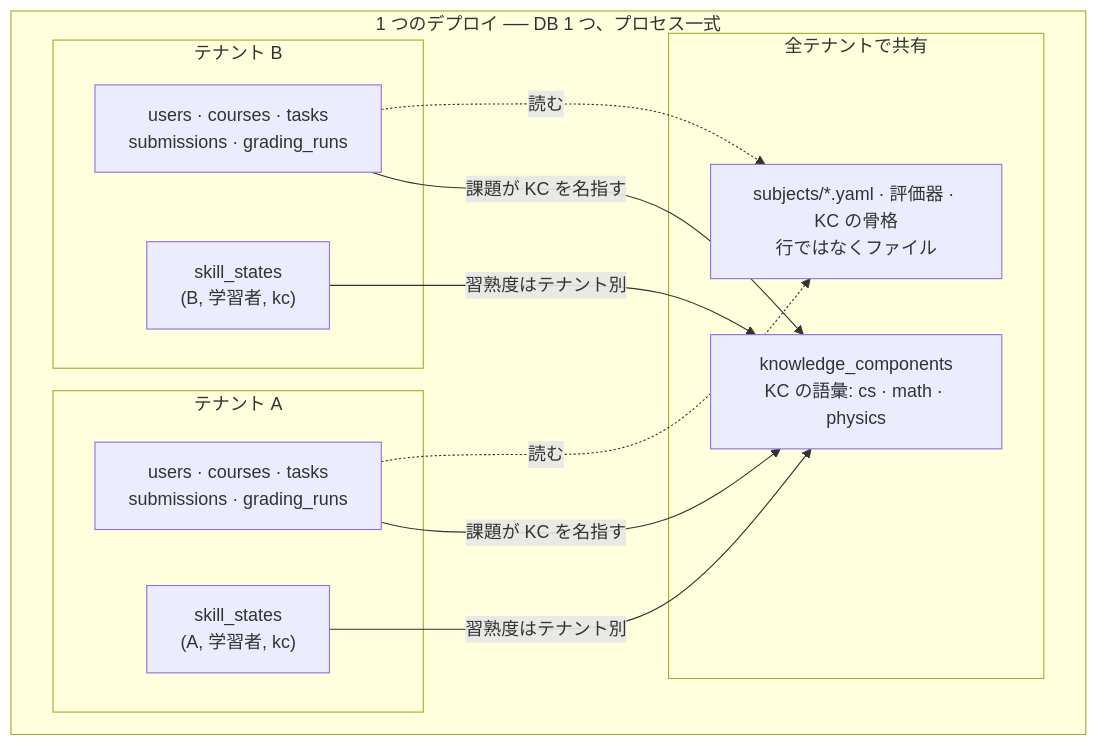
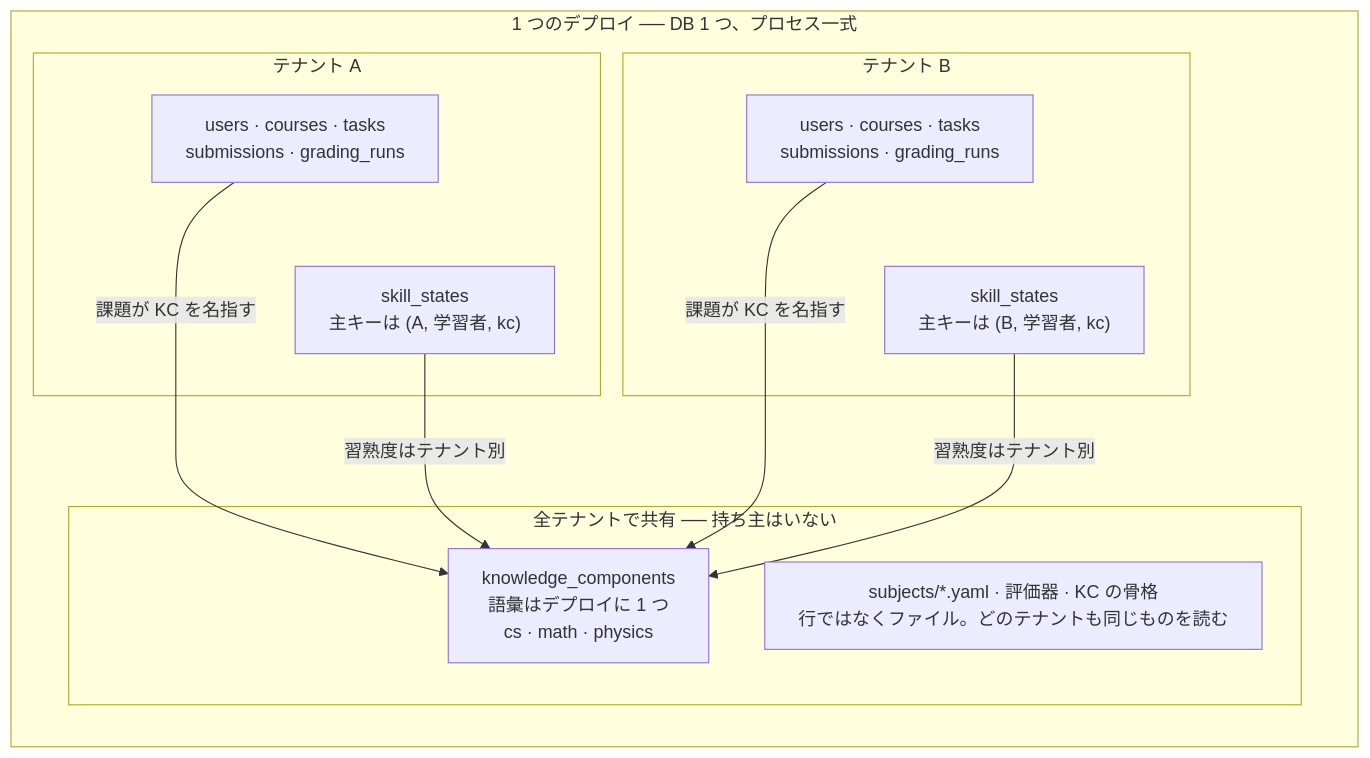
Before and after one commit to sanoakr/aijudge: the fourth of 4 diagrams in README.ja.md, drawn with Mermaid. The commit also changed other lines of this file and 1 other file, not shown here.

Commit message:
docs: fix the wrapping and layout of the two boundary diagrams
Mermaid's default wrappingWidth (200px) re-wrapped the node labels and
ignored the line breaks the source had chosen, so "studentweb ·" and
"reviewconsole · grader" landed on different lines. Pin wrappingWidth on
all four diagrams and even out the line lengths per box.

The tenant diagram is now LR: with TB the two tenants stacked and every
edge crossed the picture. Tenants sit side by side, the shared area
below, and the dotted "reads" edges — the ones that crossed everything —
are folded into the label of the box they pointed at.

````diff
--- a/README.ja.md
+++ b/README.ja.md
@@ -268,24 +269,25 @@
 ```mermaid
-flowchart TB
+%%{init: {"flowchart": {"wrappingWidth": 460}} }%%
+flowchart LR
     subgraph DEP["1 つのデプロイ ── DB 1 つ、プロセス一式"]
-        subgraph SHARED["全テナントで共有"]
-            KC["knowledge_components<br/>KC の語彙: cs · math · physics"]
-            FILES["subjects/*.yaml · 評価器 · KC の骨格<br/>行ではなくファイル"]
-        end
         subgraph TEN_A["テナント A"]
             CA["users · courses · tasks<br/>submissions · grading_runs"]
-            SA["skill_states<br/>(A, 学習者, kc)"]
+            SA["skill_states<br/>主キーは (A, 学習者, kc)"]
         end
         subgraph TEN_B["テナント B"]
             CB["users · courses · tasks<br/>submissions · grading_runs"]
-            SB["skill_states<br/>(B, 学習者, kc)"]
+            SB["skill_states<br/>主キーは (B, 学習者, kc)"]
+        end
+        subgraph SHARED["全テナントで共有 ── 持ち主はいない"]
+            KC["knowledge_components<br/>語彙はデプロイに 1 つ<br/>cs · math · physics"]
+            FILES["subjects/*.yaml · 評価器 · KC の骨格<br/>行ではなくファイル。どのテナントも同じものを読む"]
         end
     end
 
+    CA ~~~ SA
+    CB ~~~ SB
     CA -- "課題が KC を名指す" --> KC
+    SA -- "習熟度はテナント別" --> KC
     CB -- "課題が KC を名指す" --> KC
-    SA -- "習熟度はテナント別" --> KC
     SB -- "習熟度はテナント別" --> KC
-    CA -. 読む .-> FILES
-    CB -. 読む .-> FILES
 ```
````
